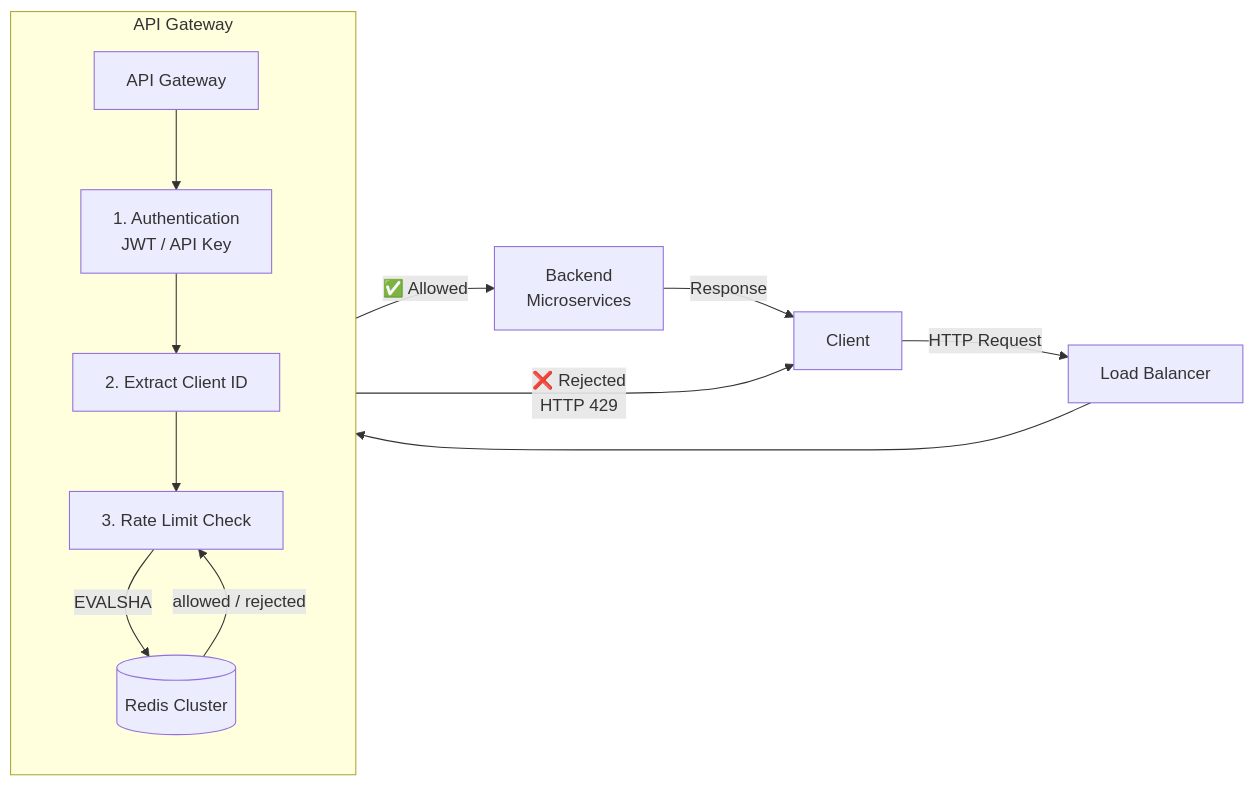
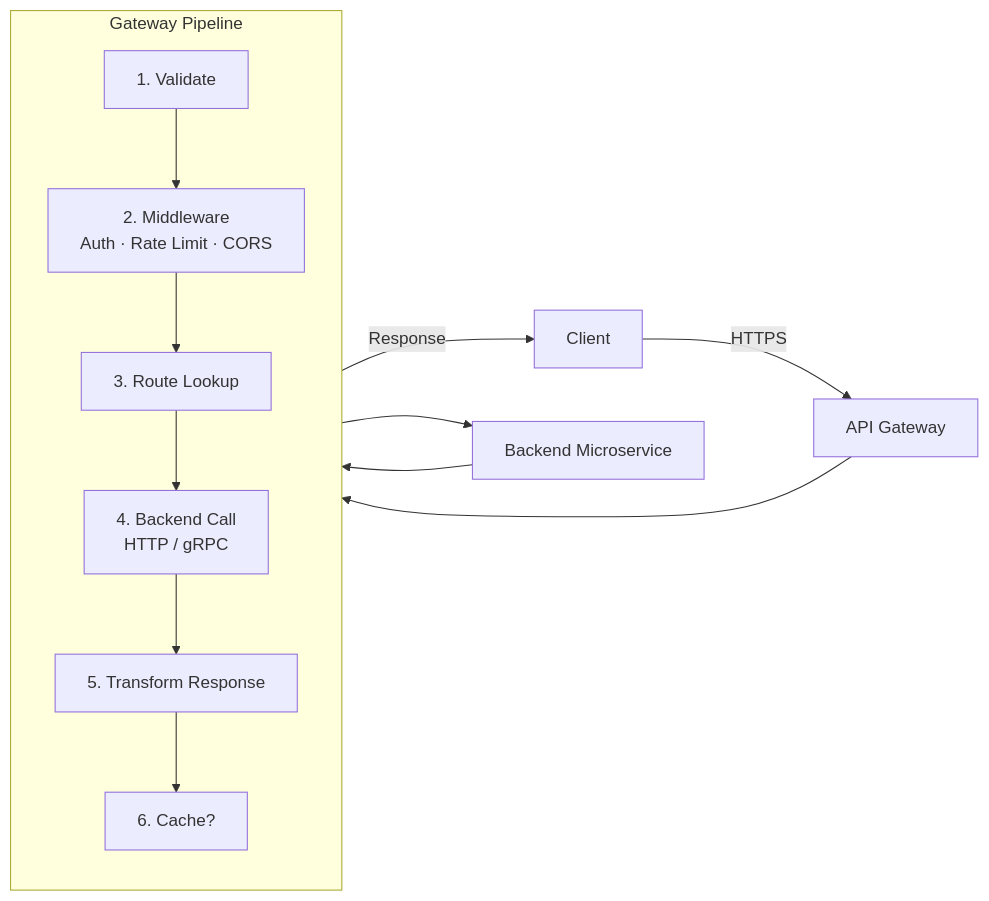
The first of 6 diagrams in hld/rate_limitter.md (vipi-n/swe-101), drawn with Mermaid before and after one commit. The commit also changed other lines of this file, not shown here.

````diff
--- a/hld/rate_limitter.md
+++ b/hld/rate_limitter.md
@@ -292,18 +207,16 @@
 ```mermaid
 flowchart LR
-    C[Client] -->|HTTP Request| LB[Load Balancer]
-    LB --> GW[API Gateway]
-
-    subgraph API Gateway
+    Client[Client] -->|HTTPS| GW[API Gateway]
+    subgraph Gateway Pipeline
         direction TB
-        GW --> Auth[1. Authentication<br/>JWT / API Key]
-        Auth --> Extract[2. Extract Client ID]
-        Extract --> RL[3. Rate Limit Check]
-        RL -->|EVALSHA| Redis[(Redis Cluster)]
-        Redis -->|allowed / rejected| RL
+        V[1. Validate] --> M[2. Middleware<br/>Auth · Rate Limit · CORS]
+        M --> R[3. Route Lookup]
+        R --> P[4. Backend Call<br/>HTTP / gRPC]
+        P --> T[5. Transform Response]
+        T --> C[6. Cache?]
     end
-
-    RL -->|✅ Allowed| Backend[Backend<br/>Microservices]
-    RL -->|❌ Rejected<br/>HTTP 429| C
-    Backend -->|Response| C
+    GW --> V
+    C -->|Response| Client
+    P --> Backend[Backend Microservice]
+    Backend --> P
 ```
````
